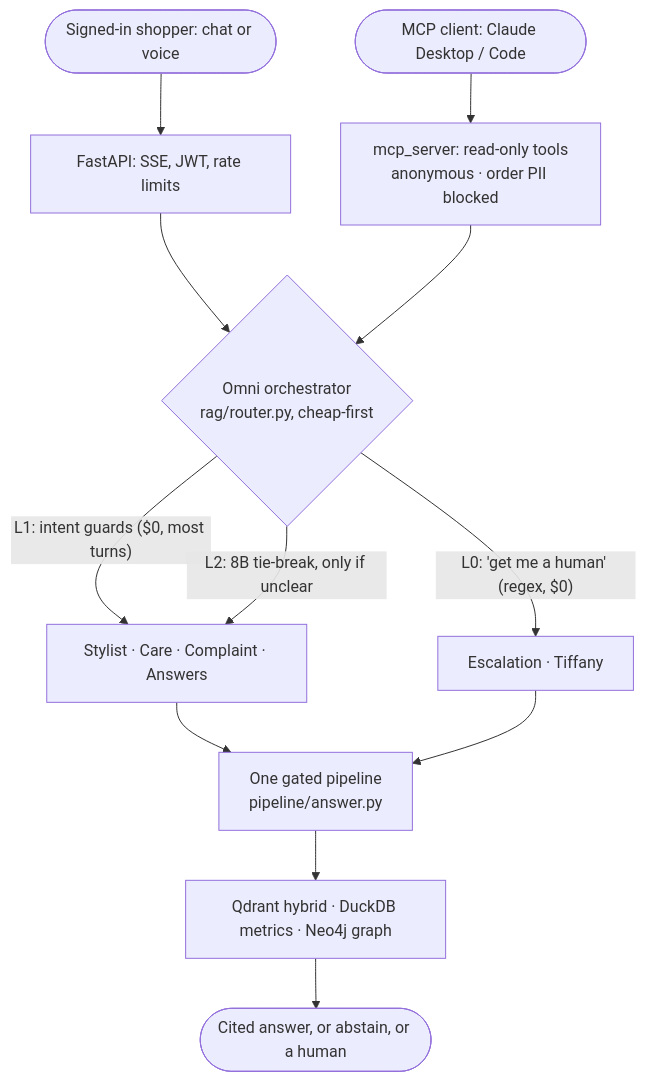
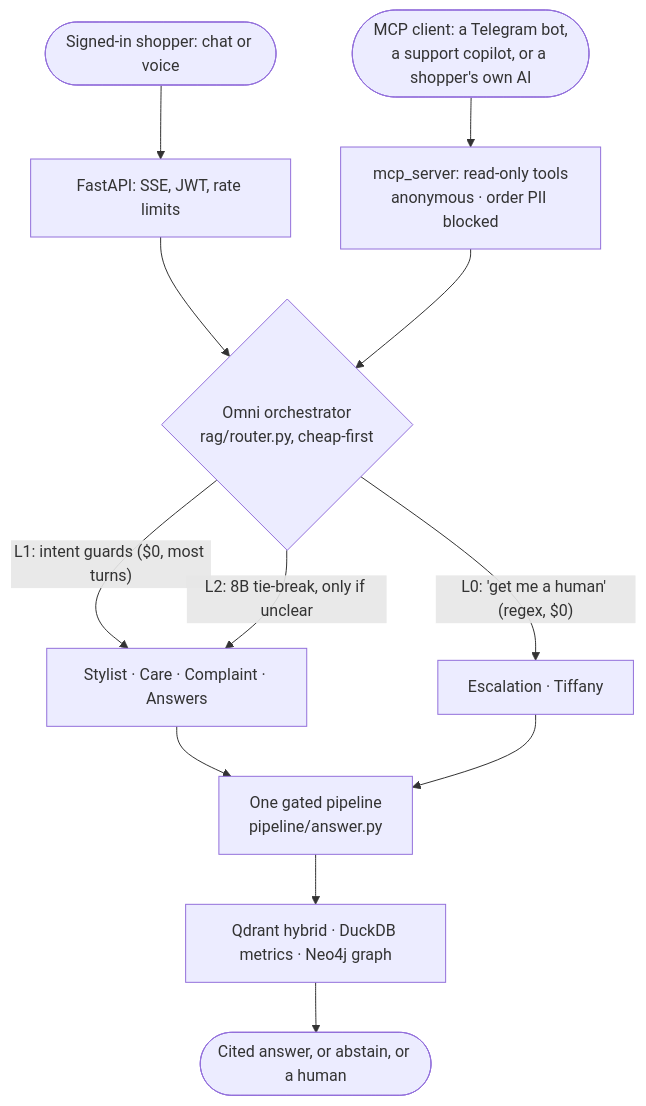
One commit to hoomanesteki/agentic-rag-knowledge-ai-platform changed the diagram in README.md. Above: the diagram before and after it, drawn with Mermaid. The commit also changed other lines of this file and 8 other files, not shown here.

First line of the commit message:
feat(channels): Sara on Telegram, a real MCP client with voice in and out

````diff
--- a/README.md
+++ b/README.md
@@ -42,14 +42,14 @@
 ```mermaid
 flowchart TD
   SH([Signed-in shopper: chat or voice]) --> API[FastAPI: SSE, JWT, rate limits]
-  MC([MCP client: Claude Desktop / Code]) --> MCP[mcp_server: read-only tools<br/>anonymous · order PII blocked]
+  MC([MCP client: a Telegram bot,<br/>a support copilot, or a shopper's own AI]) --> MCP[mcp_server: read-only tools<br/>anonymous · order PII blocked]
   API --> R{Omni orchestrator<br/>rag/router.py, cheap-first}
   MCP --> R
   R -->|"L0: 'get me a human' (regex, $0)"| E[Escalation · Tiffany]
   R -->|"L1: intent guards ($0, most turns)"| L[Stylist · Care · Complaint · Answers]
   R -->|L2: 8B tie-break, only if unclear| L
   L --> P[One gated pipeline<br/>pipeline/answer.py]
   E --> P
   P --> RET[Qdrant hybrid · DuckDB metrics · Neo4j graph]
   RET --> OUT([Cited answer, or abstain, or a human])
 ```
````
